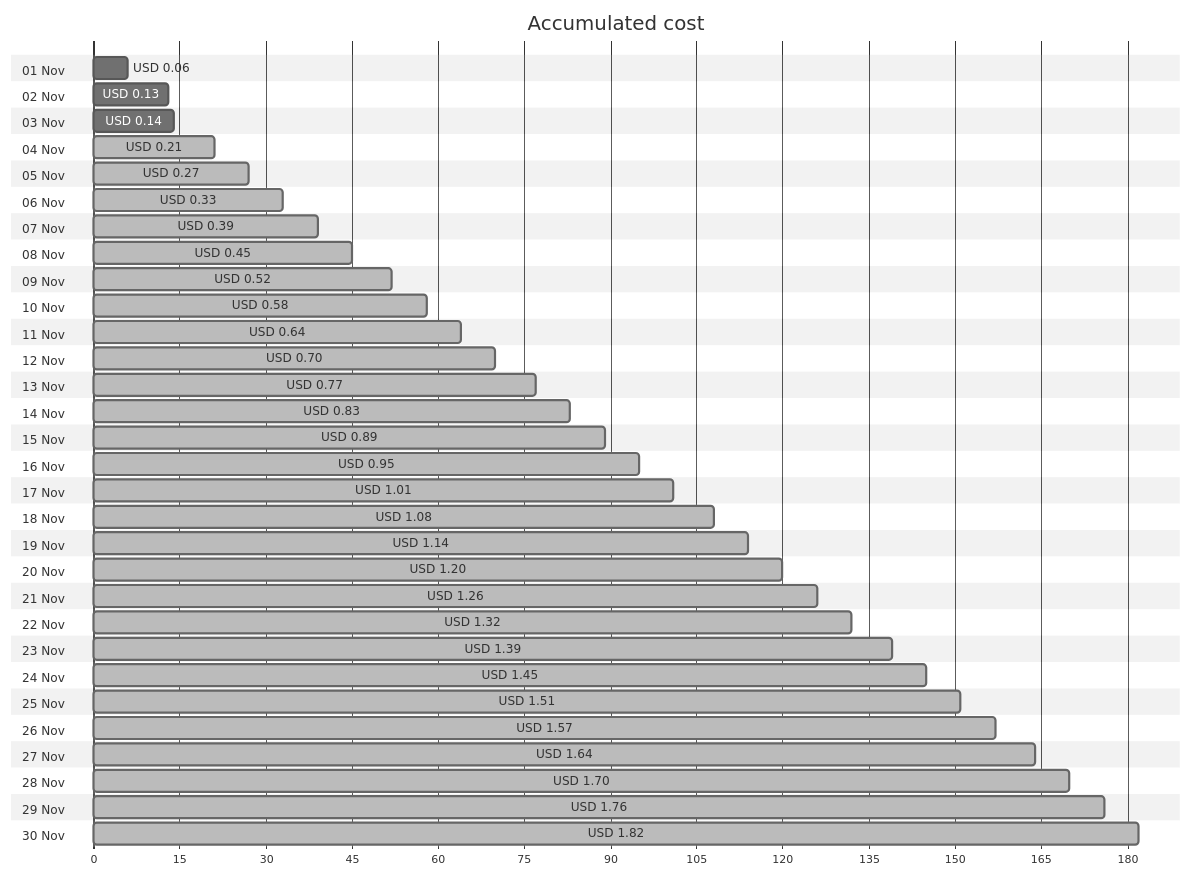
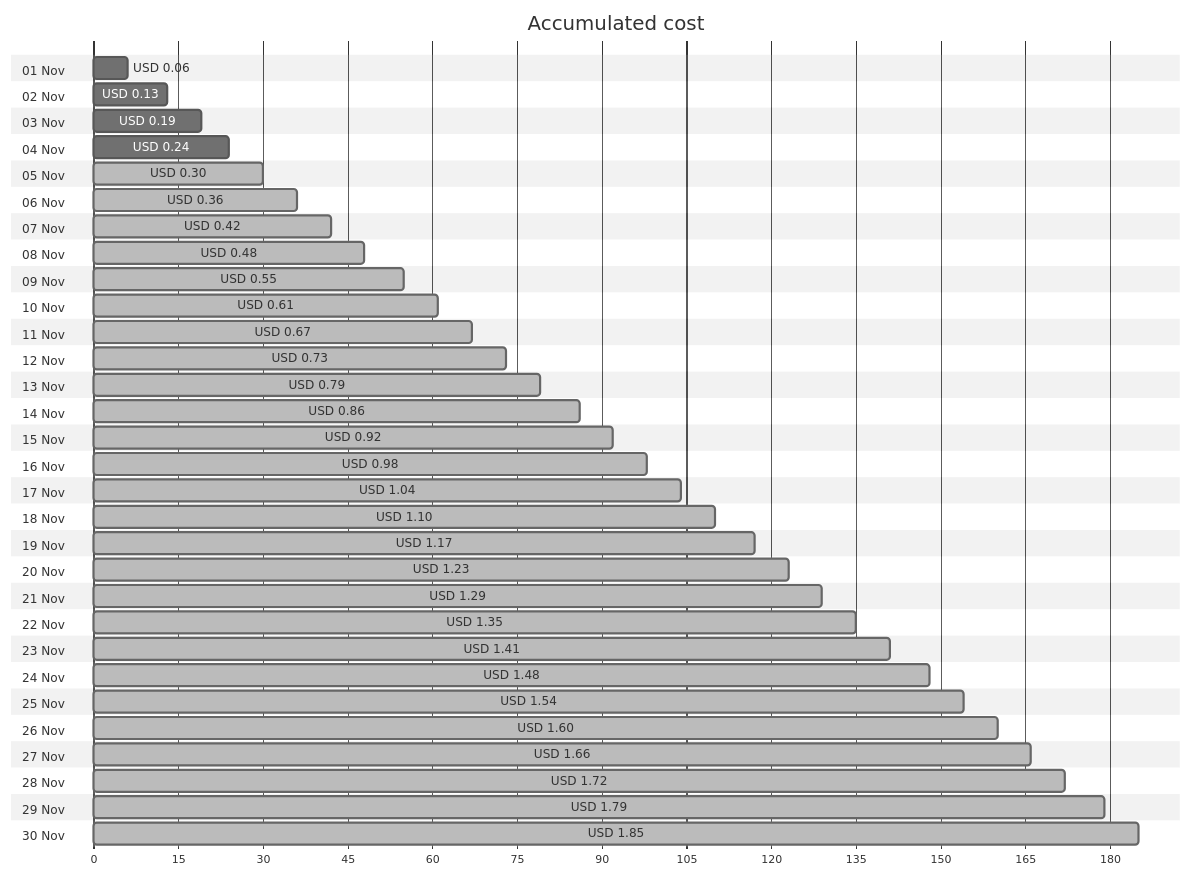
Before and after one commit to jpfulton/azure-personal-reports: the first of 4 diagrams in cost-reports/personal-network/backup-server_OsDisk.md, drawn with Mermaid (neutral theme). The commit also changed other lines of this file and 8 other files, not shown here.

````diff
--- a/cost-reports/personal-network/backup-server_OsDisk.md
+++ b/cost-reports/personal-network/backup-server_OsDisk.md
@@ -20,66 +20,66 @@
 ```mermaid
 gantt
    title Accumulated cost
    dateFormat  X
    axisFormat %s
    section 01 Nov
    USD 0.06 :0, 6
    section 02 Nov
    USD 0.13 :0, 13
    section 03 Nov
-   USD 0.14 :0, 14
+   USD 0.19 :0, 19
    section 04 Nov
-   USD 0.21 : done, 0, 21
+   USD 0.24 :0, 24
    section 05 Nov
-   USD 0.27 : done, 0, 27
+   USD 0.30 : done, 0, 30
    section 06 Nov
-   USD 0.33 : done, 0, 33
+   USD 0.36 : done, 0, 36
    section 07 Nov
-   USD 0.39 : done, 0, 39
+   USD 0.42 : done, 0, 42
    section 08 Nov
-   USD 0.45 : done, 0, 45
+   USD 0.48 : done, 0, 48
    section 09 Nov
-   USD 0.52 : done, 0, 52
+   USD 0.55 : done, 0, 55
    section 10 Nov
-   USD 0.58 : done, 0, 58
+   USD 0.61 : done, 0, 61
    section 11 Nov
-   USD 0.64 : done, 0, 64
+   USD 0.67 : done, 0, 67
    section 12 Nov
-   USD 0.70 : done, 0, 70
+   USD 0.73 : done, 0, 73
    section 13 Nov
-   USD 0.77 : done, 0, 77
+   USD 0.79 : done, 0, 79
    section 14 Nov
-   USD 0.83 : done, 0, 83
+   USD 0.86 : done, 0, 86
    section 15 Nov
-   USD 0.89 : done, 0, 89
+   USD 0.92 : done, 0, 92
    section 16 Nov
-   USD 0.95 : done, 0, 95
+   USD 0.98 : done, 0, 98
    section 17 Nov
-   USD 1.01 : done, 0, 101
+   USD 1.04 : done, 0, 104
    section 18 Nov
-   USD 1.08 : done, 0, 108
+   USD 1.10 : done, 0, 110
    section 19 Nov
-   USD 1.14 : done, 0, 114
+   USD 1.17 : done, 0, 117
    section 20 Nov
-   USD 1.20 : done, 0, 120
+   USD 1.23 : done, 0, 123
    section 21 Nov
-   USD 1.26 : done, 0, 126
+   USD 1.29 : done, 0, 129
    section 22 Nov
-   USD 1.32 : done, 0, 132
+   USD 1.35 : done, 0, 135
    section 23 Nov
-   USD 1.39 : done, 0, 139
+   USD 1.41 : done, 0, 141
    section 24 Nov
-   USD 1.45 : done, 0, 145
+   USD 1.48 : done, 0, 148
    section 25 Nov
-   USD 1.51 : done, 0, 151
+   USD 1.54 : done, 0, 154
    section 26 Nov
-   USD 1.57 : done, 0, 157
+   USD 1.60 : done, 0, 160
    section 27 Nov
-   USD 1.64 : done, 0, 164
+   USD 1.66 : done, 0, 166
    section 28 Nov
-   USD 1.70 : done, 0, 170
+   USD 1.72 : done, 0, 172
    section 29 Nov
-   USD 1.76 : done, 0, 176
+   USD 1.79 : done, 0, 179
    section 30 Nov
-   USD 1.82 : done, 0, 182
+   USD 1.85 : done, 0, 185
 ```
````
